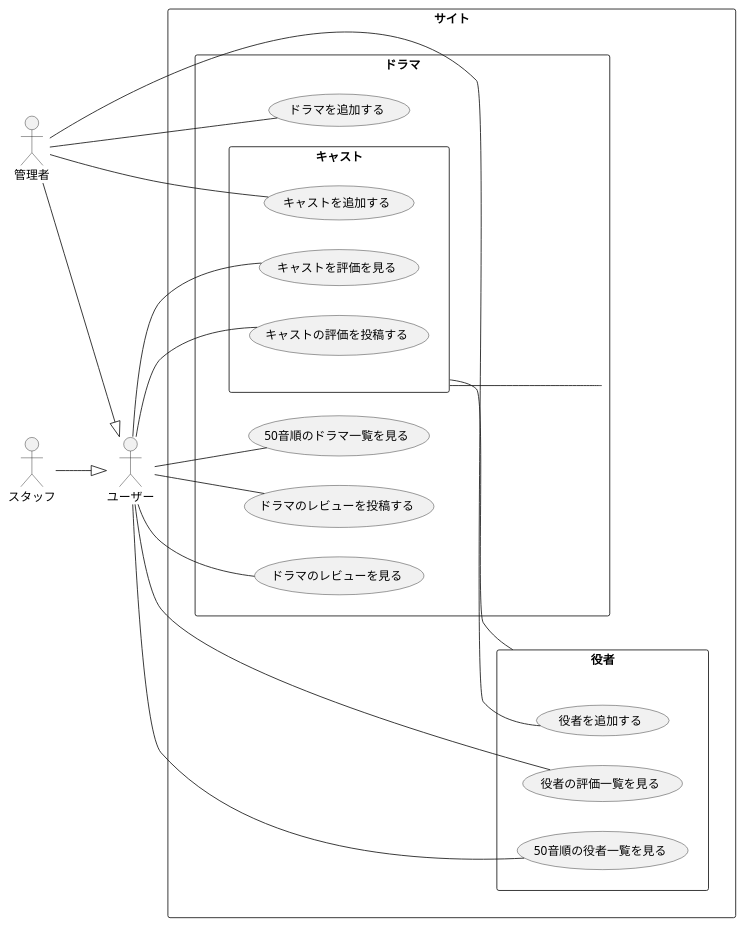
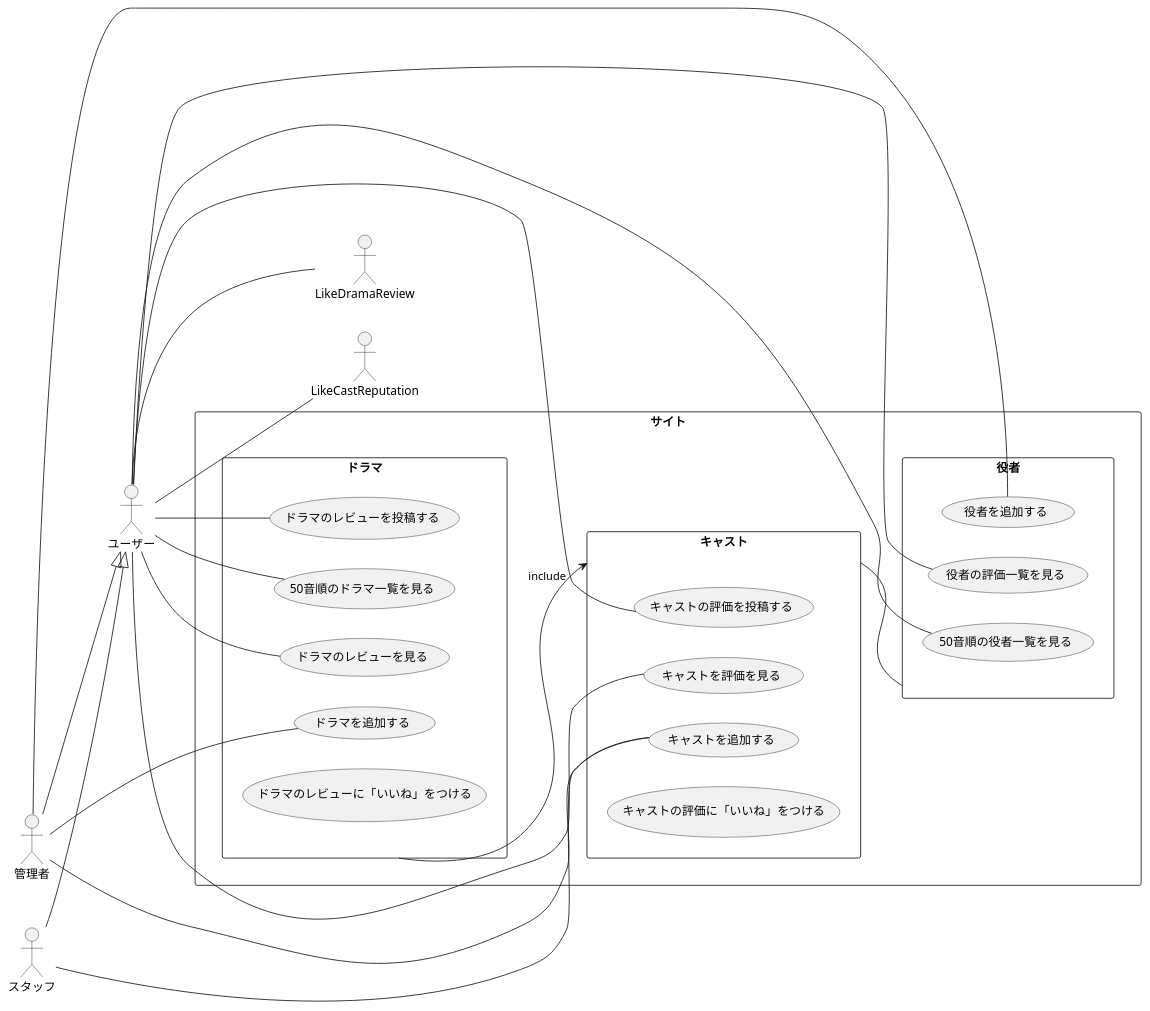
Before and after one commit to mediascience-gk/dramafam-by-nest-next: the diagram in docs/usecase-diagram.md, drawn with PlantUML.

Commit message:
Modified usecase diagram

````diff
--- a/docs/usecase-diagram.md
+++ b/docs/usecase-diagram.md
@@ -1,39 +1,44 @@
 ```plantuml
 @startuml
 left to right direction
 actor "ユーザー" as user
 actor "管理者" as admin
 actor "スタッフ" as staff
 rectangle サイト {
     rectangle ドラマ {
         usecase (50音順のドラマ一覧を見る) as showDramaList
         usecase (ドラマを追加する) as addDrama
         usecase (ドラマのレビューを見る) as showDramaReview
         usecase (ドラマのレビューを投稿する) as postDramaReview
-        rectangle キャスト {
-            usecase (キャストを評価を見る) as showCastReputation
-            usecase (キャストを追加する) as addCast
-            usecase (キャストの評価を投稿する) as addCastReputation
-        }
+        usecase (ドラマのレビューに「いいね」をつける) as likeDramaReview
+    }
+    rectangle キャスト {
+        usecase (キャストを評価を見る) as showCastReputation
+        usecase (キャストを追加する) as addCast
+        usecase (キャストの評価を投稿する) as postCastReputation
+        usecase (キャストの評価に「いいね」をつける) as likeCastReputation
     }
     rectangle 役者 {
         usecase (50音順の役者一覧を見る) as showActorList
         usecase (役者の評価一覧を見る) as showActorReputationList
         usecase (役者を追加する) as addActor
     }
 }
 キャスト -- 役者
-キャスト -- ドラマ
+ドラマ --> キャスト: include
 admin --|> user
 staff --|> user
 user -- showDramaReview
 user -- postDramaReview
+user -- LikeDramaReview
 user -- showCastReputation
-user -- addCastReputation
+user -- postCastReputation
+user -- LikeCastReputation
 user -- showDramaList
 user -- showActorList
 user -- showActorReputationList
+staff -- addCast
 admin -- addDrama
 admin -- addCast
 admin -- addActor
 ```
````
